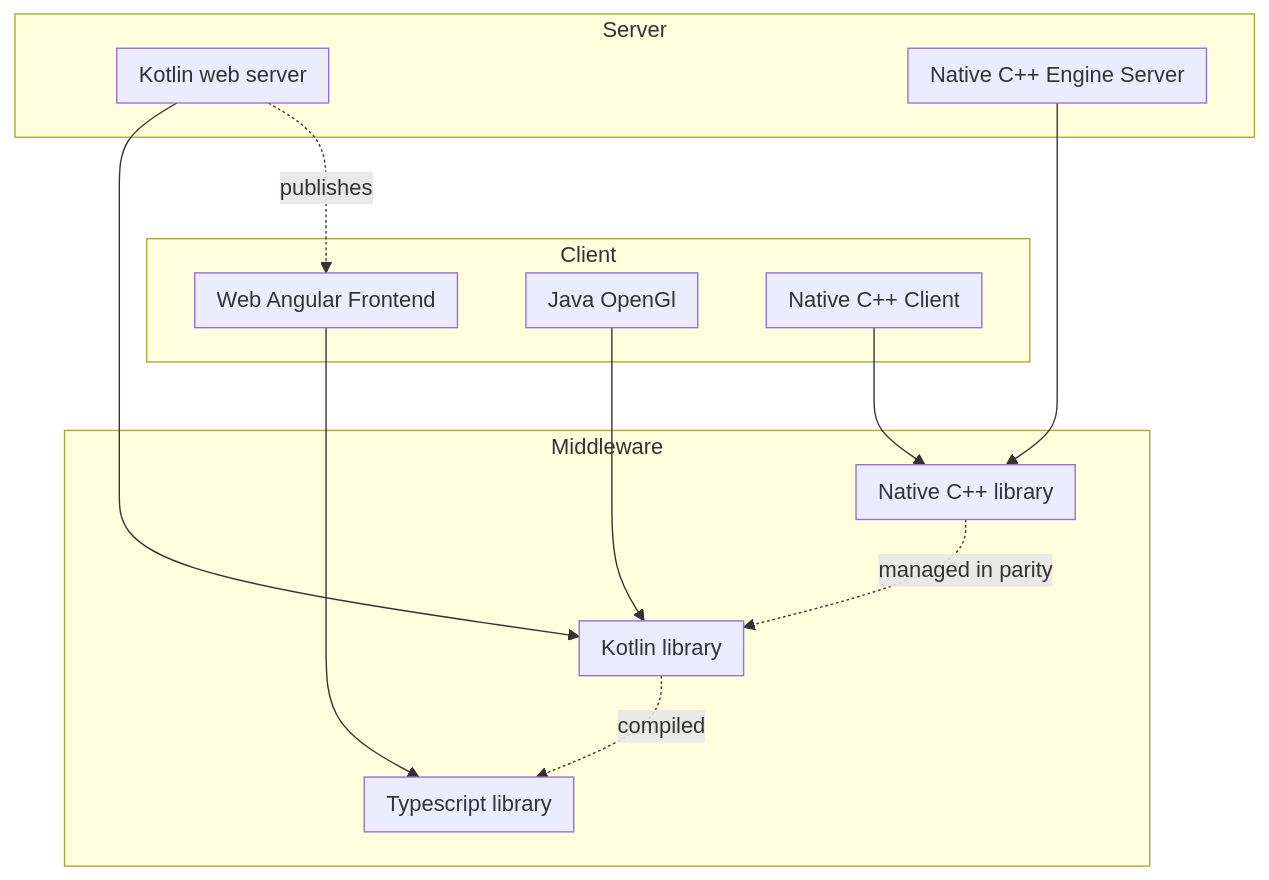
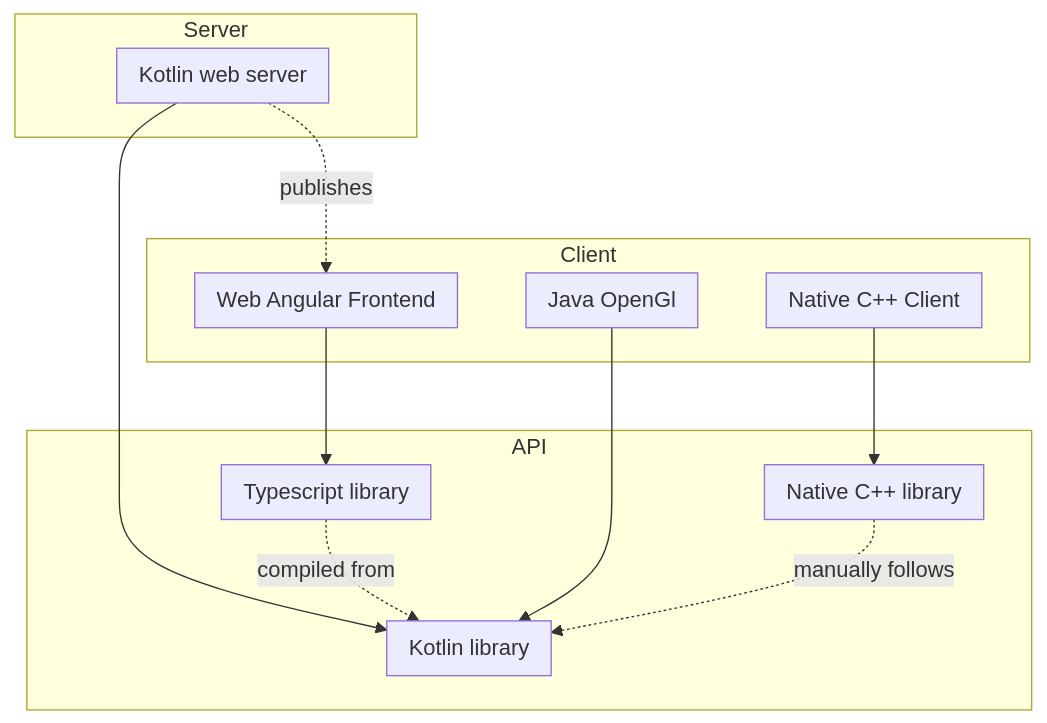
One commit to magyarm126/wge changed the diagram in README.md. Above: the diagram before and after it, drawn with Mermaid.

Commit message:
Corrected the dependency graph according to the latest plans

````diff
--- a/README.md
+++ b/README.md
@@ -5,39 +5,36 @@
 ```mermaid
-flowchart
+flowchart TB
     subgraph Server[Server]
-        subgraph native_server [Native C++ Engine Server]
-        end
         subgraph web_server [Kotlin web server]
         end
     end
 
-    subgraph Middleware[Middleware]
+    subgraph APi[API]
         subgraph web_library [Typescript library]
         end
         subgraph kotlin_library [Kotlin library]
         end
         subgraph native_library [Native C++ library]
         end
-        native_library-.managed in parity.->kotlin_library
-        kotlin_library-.compiled.->web_library
+        native_library-. manually follows .->kotlin_library
+        web_library-. compiled from .->kotlin_library
     end
     
     subgraph client[Client]
         subgraph native_client [Native C++ Client]
         end
         subgraph java_client [Java OpenGl]
         end
         subgraph web_client [Web Angular Frontend]
         end
     end
     
     native_client-->native_library
-    native_server-->native_library
 
     web_client-->web_library
     web_server-->kotlin_library
     
     java_client-->kotlin_library
-    
-    web_server-.publishes.->web_client
+
+    web_server -. publishes .-> web_client
 ```
````
